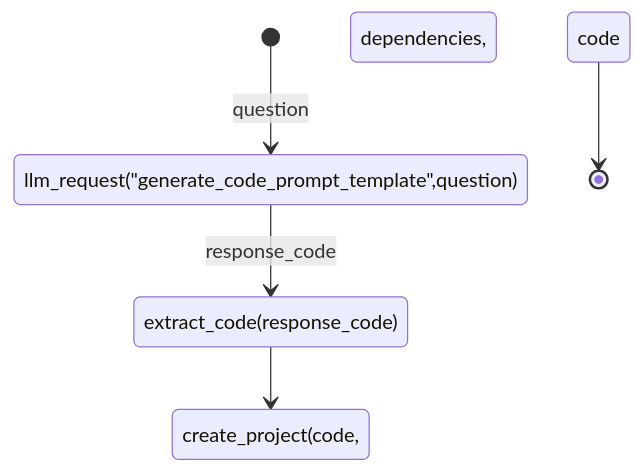
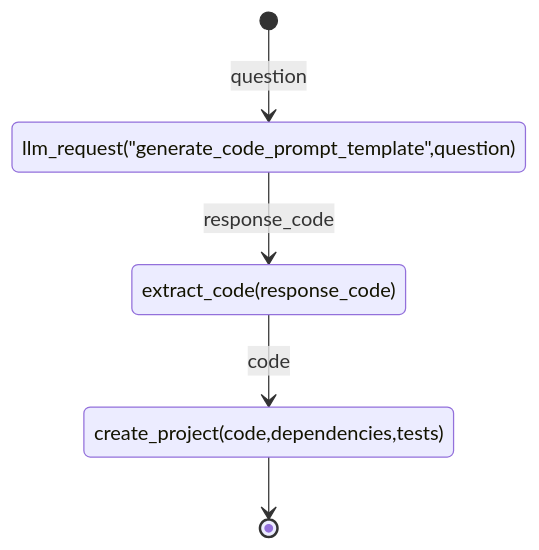
Before and after one commit to rizgan/LLM-Logic-Exec-Verify: the diagram in state.md, drawn with Mermaid.

````diff
--- a/state.md
+++ b/state.md
@@ -19,7 +19,7 @@
 ```mermaid
 stateDiagram
 [*] --> llm_request("generate_code_prompt_template",question) : question
 llm_request("generate_code_prompt_template",question) --> extract_code(response_code) : response_code
-extract_code(response_code) --> create_project(code, dependencies, tests) : code
-create_project(code, dependencies, tests) --> [*]
+extract_code(response_code) --> create_project(code,dependencies,tests) : code
+create_project(code,dependencies,tests) --> [*]
 ```
````
